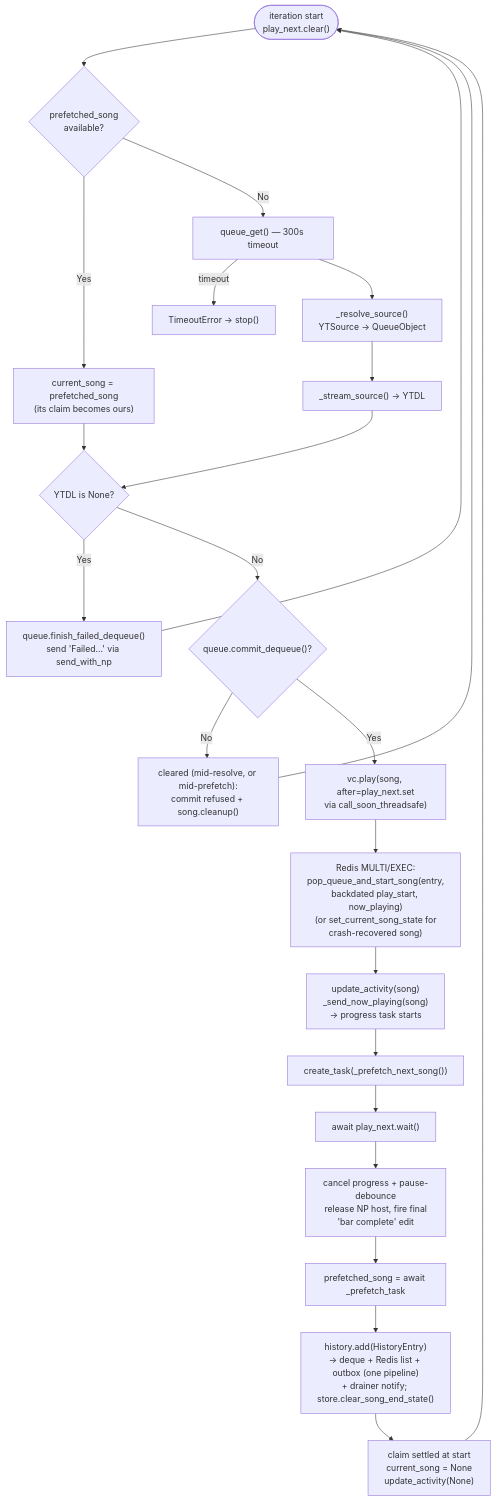
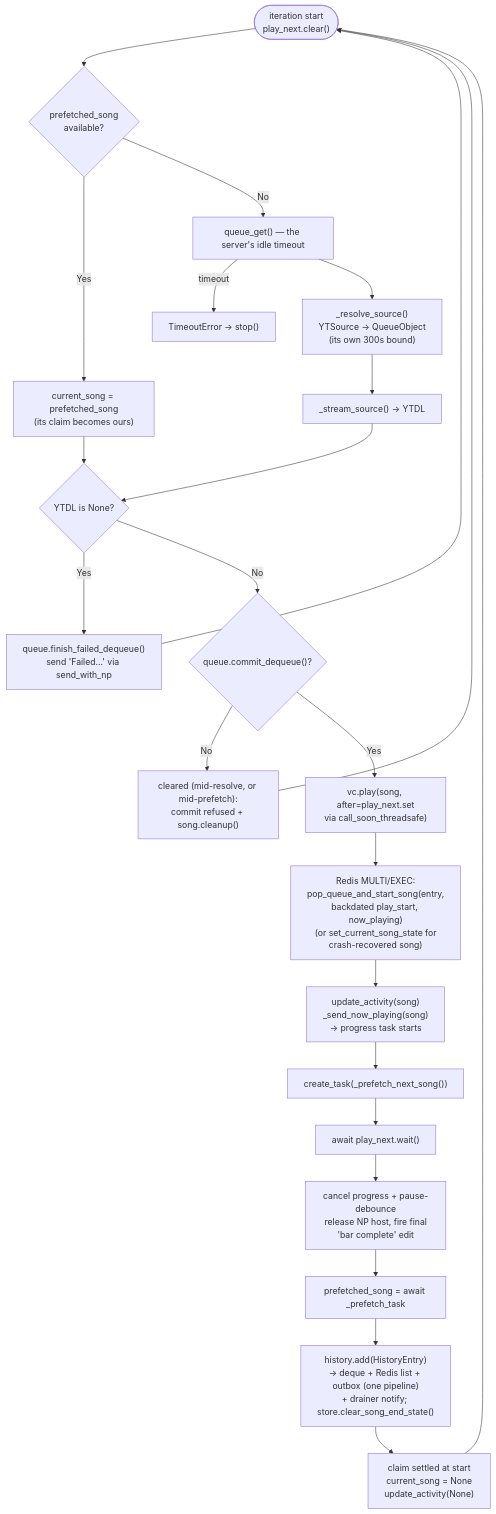
One commit to kawadeomkar/discord-music-bot changed the tenth of 15 diagrams in docs/ARCHITECTURE.md. Above: the diagram before and after it, drawn with Mermaid. The commit also changed other lines of this file and 7 other files, not shown here.

````diff
--- a/docs/ARCHITECTURE.md
+++ b/docs/ARCHITECTURE.md
@@ -812,34 +834,34 @@
 ```mermaid
 flowchart TD
     Start(["iteration start\nplay_next.clear()"])
     HavePF{"prefetched_song\navailable?"}
     UsePF["current_song = prefetched_song\n(its claim becomes ours)"]
-    GetQueue["queue_get() — 300s timeout"]
+    GetQueue["queue_get() — the server's idle timeout"]
     Timeout["TimeoutError → stop()"]
-    Resolve["_resolve_source()\nYTSource → QueueObject"]
+    Resolve["_resolve_source()\nYTSource → QueueObject\n(its own 300s bound)"]
     Stream["_stream_source() → YTDL"]
     Failed{"YTDL is None?"}
     FailPop["queue.finish_failed_dequeue()\nsend 'Failed…' via send_with_np"]
     Commit{"queue.commit_dequeue()?"}
     Discard["cleared (mid-resolve, or mid-prefetch):\ncommit refused + song.cleanup()"]
     Play["vc.play(song, after=play_next.set\nvia call_soon_threadsafe)"]
     Persist["Redis MULTI/EXEC:\npop_queue_and_start_song(entry,\nbackdated play_start, now_playing)\n(or set_current_song_state for\ncrash-recovered song)"]
     NP["update_activity(song)\n_send_now_playing(song)\n→ progress task starts"]
     Prefetch["create_task(_prefetch_next_song())"]
     Wait["await play_next.wait()"]
     Retire["cancel progress + pause-debounce\nrelease NP host, fire final\n'bar complete' edit"]
     Collect["prefetched_song = await _prefetch_task"]
     History["history.add(HistoryEntry)\n→ deque + Redis list + outbox (one pipeline)\n+ drainer notify; store.clear_song_end_state()"]
     Done["claim settled at start\ncurrent_song = None\nupdate_activity(None)"]
 
     Start --> HavePF
     HavePF -->|Yes| UsePF --> Failed
     HavePF -->|No| GetQueue
     GetQueue -->|timeout| Timeout
     GetQueue --> Resolve --> Stream --> Failed
     Failed -->|Yes| FailPop --> Start
     Failed -->|No| Commit
     Commit -->|No| Discard --> Start
     Commit -->|Yes| Play --> Persist --> NP --> Prefetch --> Wait
     Wait --> Retire --> Collect --> History --> Done --> Start
 ```
````
